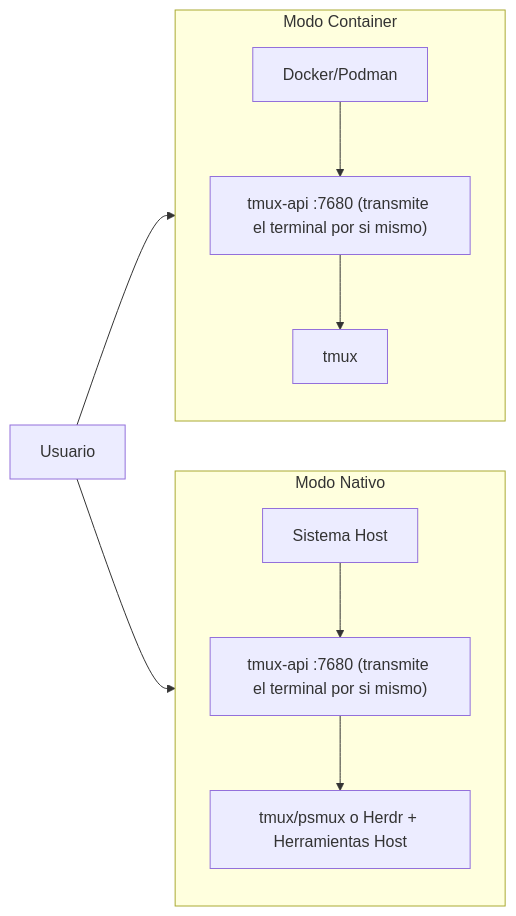
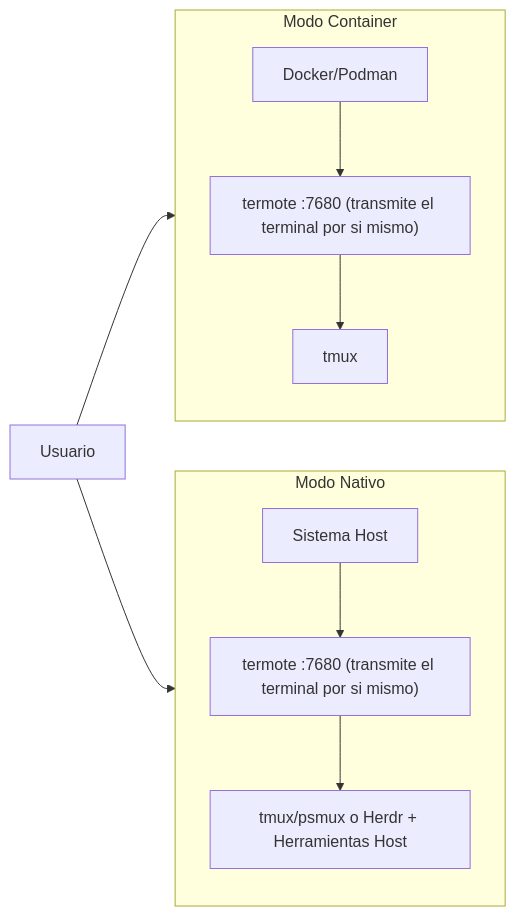
One commit to lamngockhuong/termote changed the second of 2 diagrams in README.es.md. Above: the diagram before and after it, drawn with Mermaid. The commit also changed other lines of this file and 107 other files, not shown here.

First line of the commit message:
refactor!: rename tmux-api to server and its binary to termote (#215)

````diff
--- a/README.es.md
+++ b/README.es.md
@@ -224,14 +224,14 @@
 ```mermaid
 flowchart LR
     subgraph Container["Modo Container"]
         direction TB
-        C1["Docker/Podman"] --> C2["tmux-api :7680 (transmite el terminal por si mismo)"] --> C3["tmux"]
+        C1["Docker/Podman"] --> C2["termote :7680 (transmite el terminal por si mismo)"] --> C3["tmux"]
     end
 
     subgraph Native["Modo Nativo"]
         direction TB
-        N1["Sistema Host"] --> N2["tmux-api :7680 (transmite el terminal por si mismo)"] --> N3["tmux/psmux o Herdr + Herramientas Host"]
+        N1["Sistema Host"] --> N2["termote :7680 (transmite el terminal por si mismo)"] --> N3["tmux/psmux o Herdr + Herramientas Host"]
     end
 
     User["Usuario"] --> Container & Native
 ```
````
